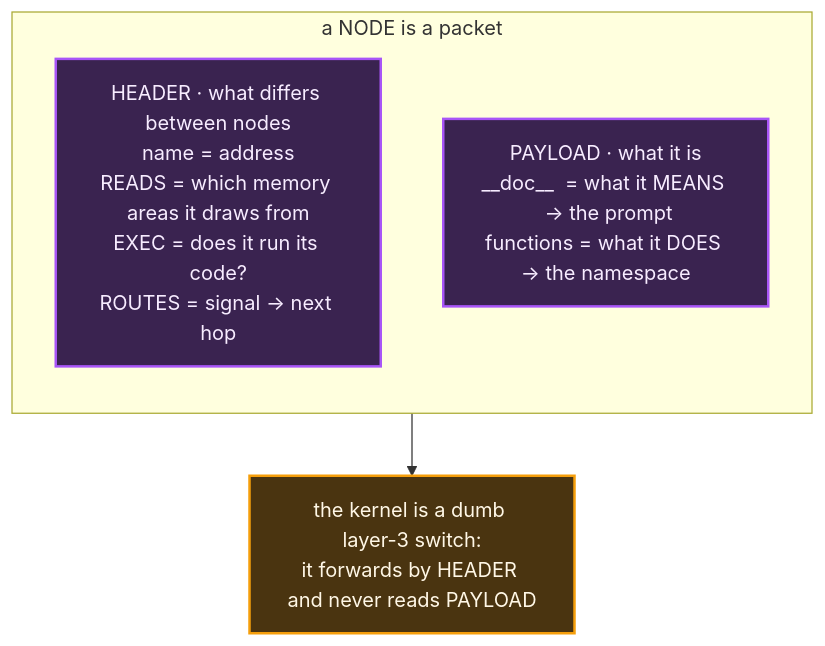
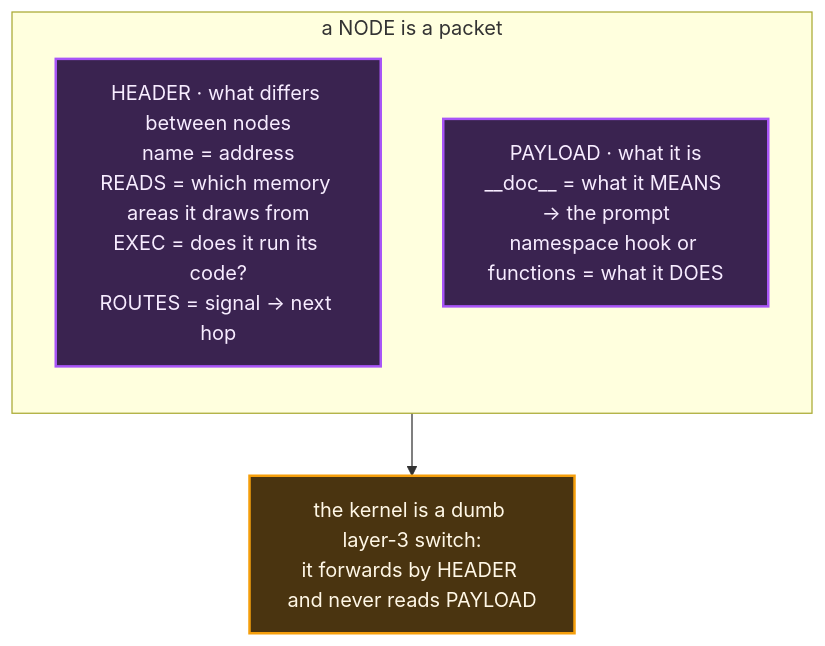
One commit to wgabrys88/endgame-ai changed the second of 6 diagrams in README.md. Above: the diagram before and after it, drawn with Mermaid. The commit also changed other lines of this file and 5 other files, not shown here.

````diff
--- a/README.md
+++ b/README.md
@@ -107,15 +107,15 @@
 ```mermaid
 flowchart TB
     subgraph PACKET["a NODE is a packet"]
       direction TB
       H["HEADER · what differs between nodes<br/>name = address<br/>READS = which memory areas it draws from<br/>EXEC = does it run its code?<br/>ROUTES = signal → next hop"]
-      P["PAYLOAD · what it is<br/>__doc__  = what it MEANS  → the prompt<br/>functions = what it DOES → the namespace"]
+      P["PAYLOAD · what it is<br/>__doc__ = what it MEANS → the prompt<br/>namespace hook or functions = what it DOES"]
     end
     K["the kernel is a dumb layer-3 switch:<br/>it forwards by HEADER and never reads PAYLOAD"]
     PACKET --> K
 
     classDef p fill:#3a2350,stroke:#a855f7,stroke-width:2px,color:#f7ecff;
     classDef k fill:#4a3410,stroke:#f59e0b,stroke-width:2px,color:#fff7e6;
     class H,P p;
     class K k;
 ```
````
